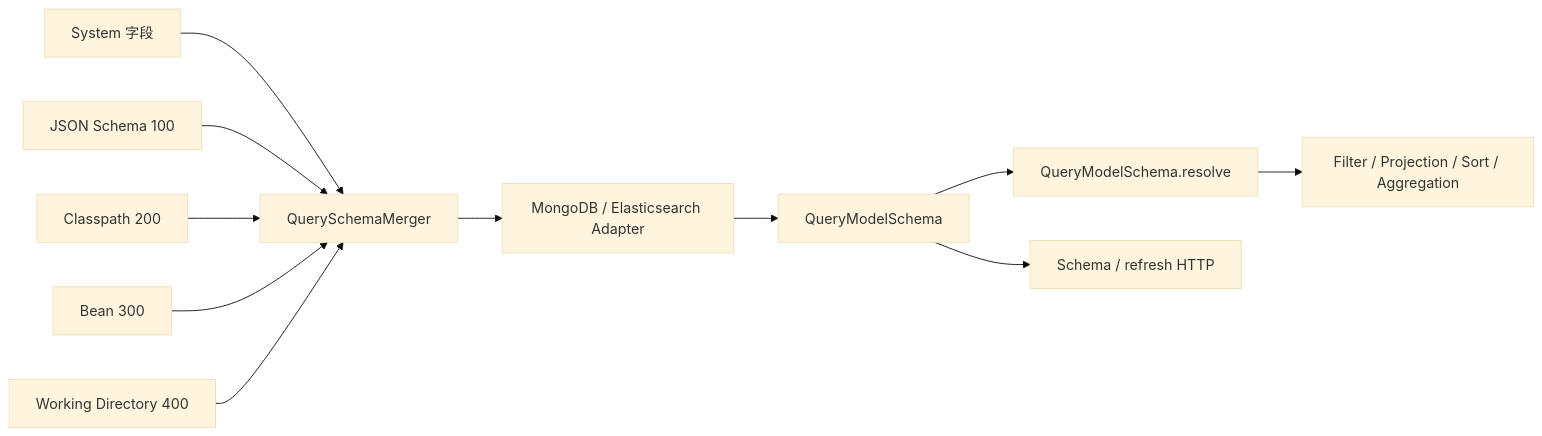
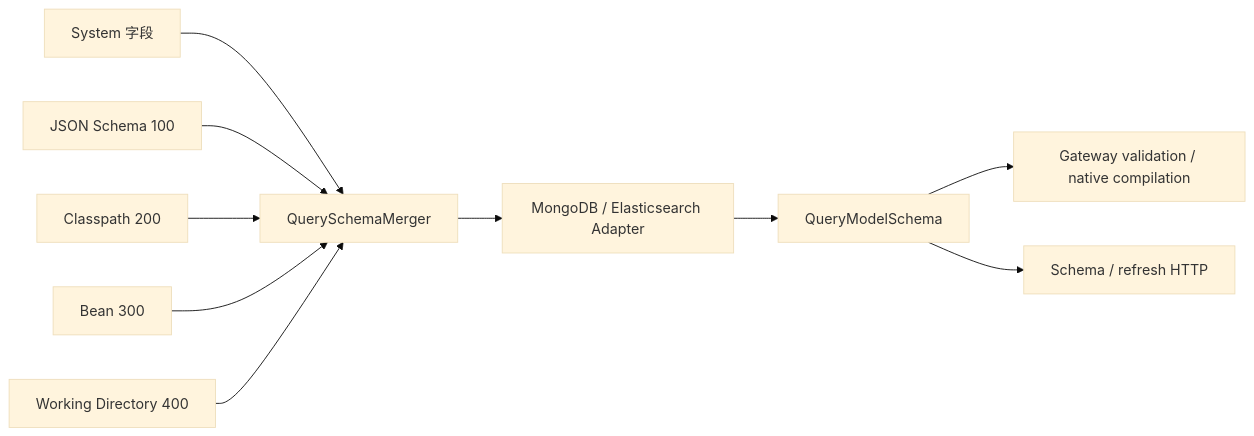
One commit to Ahoo-Wang/Wow changed the diagram in documentation/docs/zh/guide/query/query-model-schema.md. Above: the diagram before and after it, drawn with Mermaid (base theme). The commit also changed other lines of this file and 257 other files, not shown here.

First line of the commit message:
refactor(query): separate schema, gateway and backend responsibilities (#3212)

````diff
--- a/documentation/docs/zh/guide/query/query-model-schema.md
+++ b/documentation/docs/zh/guide/query/query-model-schema.md
@@ -18,13 +44,12 @@
 ```mermaid
 flowchart LR
     System["System 字段"] --> Merger["QuerySchemaMerger"]
     Json["JSON Schema 100"] --> Merger
     Classpath["Classpath 200"] --> Merger
     Bean["Bean 300"] --> Merger
     Working["Working Directory 400"] --> Merger
     Merger --> Adapter["MongoDB / Elasticsearch Adapter"]
     Adapter --> Schema["QueryModelSchema"]
-    Schema --> Resolve["QueryModelSchema.resolve"]
-    Resolve --> Query["Filter / Projection / Sort / Aggregation"]
+    Schema --> Gateway["Gateway validation / native compilation"]
     Schema --> HTTP["Schema / refresh HTTP"]
 ```
````
